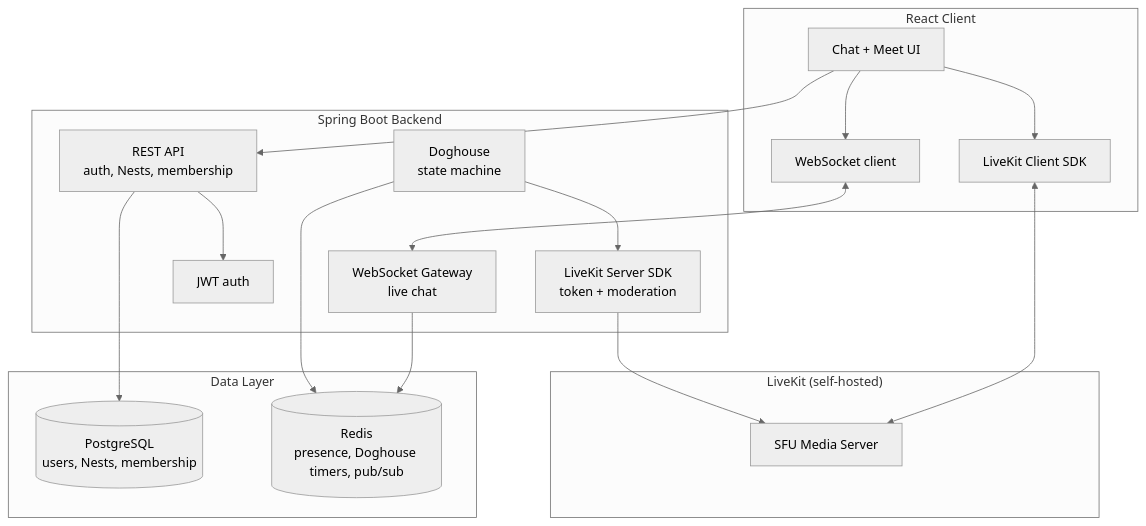
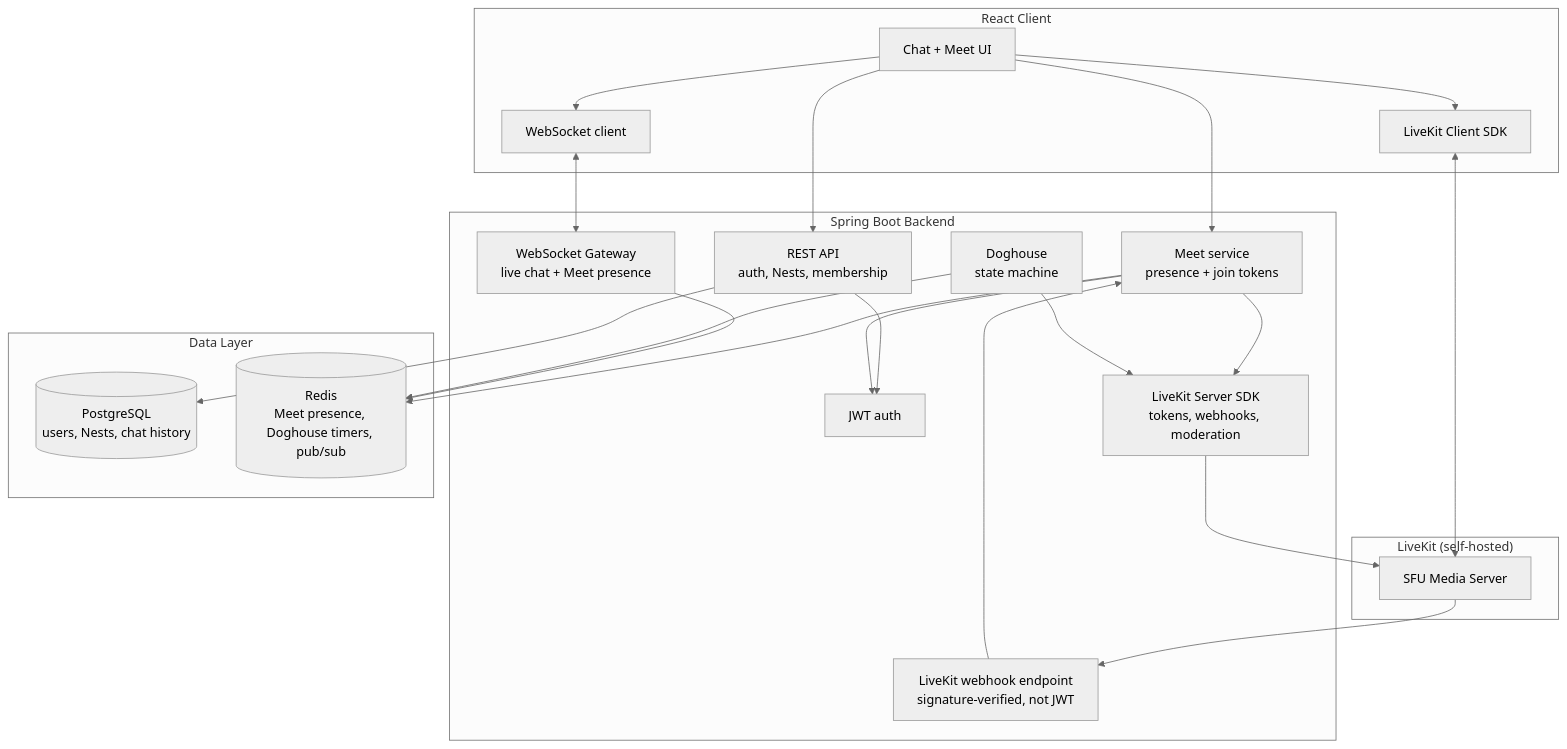
Before and after one commit to thehope2k/snake-nest: the diagram in docs/architecture.md, drawn with Mermaid (neutral theme). The commit also changed other lines of this file and 20 other files, not shown here.

First line of the commit message:
feat(meet): wire Meet call to self-hosted LiveKit on the backend

````diff
--- a/docs/architecture.md
+++ b/docs/architecture.md
@@ -10,37 +10,45 @@
 ```mermaid
 graph TB
     subgraph Client["React Client"]
         UI[Chat + Meet UI]
         LKSDK[LiveKit Client SDK]
         WS[WebSocket client]
     end
 
     subgraph Backend["Spring Boot Backend"]
         REST[REST API<br/>auth, Nests, membership]
-        WSGW[WebSocket Gateway<br/>live chat]
+        MEET[Meet service<br/>presence + join tokens]
+        WSGW[WebSocket Gateway<br/>live chat + Meet presence]
         AUTH[JWT auth]
-        LKSERVER[LiveKit Server SDK<br/>token + moderation]
+        LKSERVER[LiveKit Server SDK<br/>tokens, webhooks, moderation]
         MODSVC[Doghouse<br/>state machine]
+        HOOK[LiveKit webhook endpoint<br/>signature-verified, not JWT]
     end
 
     subgraph LiveKit["LiveKit (self-hosted)"]
         SFU[SFU Media Server]
     end
 
     subgraph Data["Data Layer"]
-        PG[(PostgreSQL<br/>users, Nests, membership)]
-        REDIS[(Redis<br/>presence, Doghouse timers, pub/sub)]
+        PG[(PostgreSQL<br/>users, Nests, chat history)]
+        REDIS[(Redis<br/>Meet presence, Doghouse timers, pub/sub)]
     end
 
     UI --> REST
+    UI --> MEET
     UI --> WS
     UI --> LKSDK
     LKSDK <--> SFU
     WS <--> WSGW
     REST --> AUTH
     REST --> PG
+    MEET --> AUTH
+    MEET --> REDIS
+    MEET --> LKSERVER
     WSGW --> REDIS
     MODSVC --> LKSERVER
     MODSVC --> REDIS
     LKSERVER --> SFU
+    SFU --> HOOK
+    HOOK --> MEET
 ```
````
